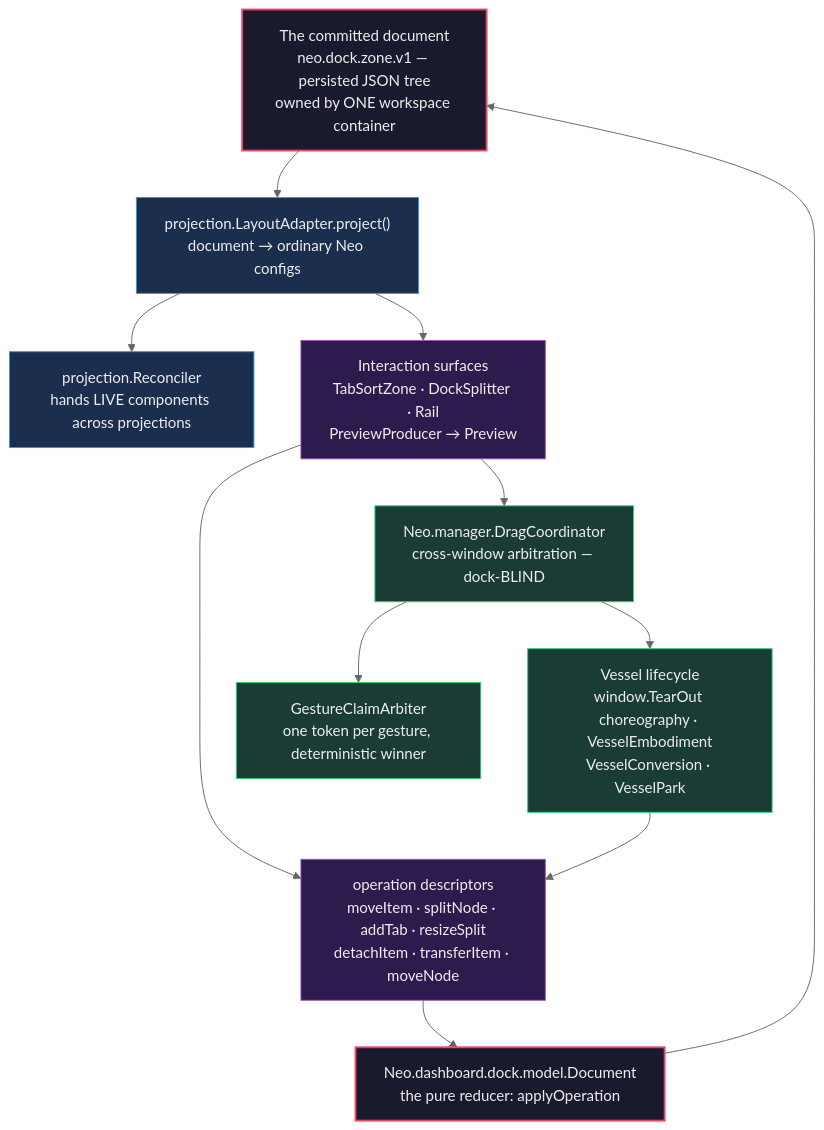
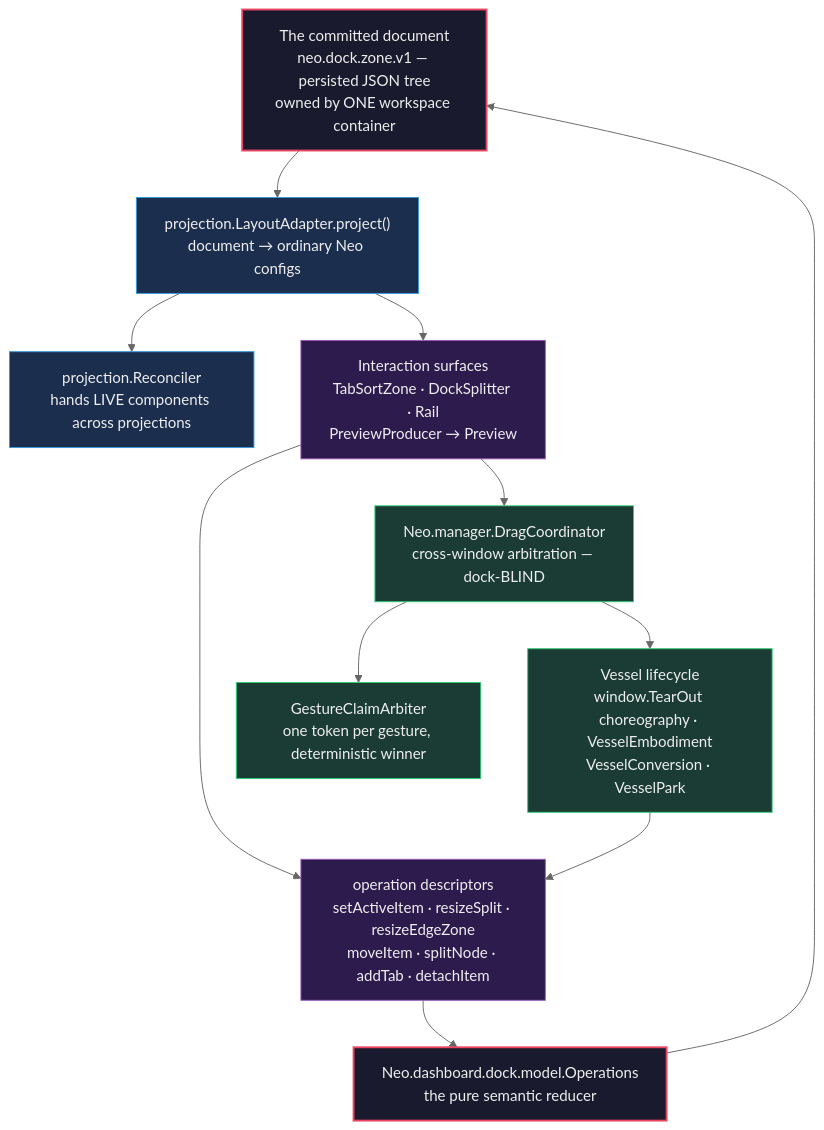
Before and after one commit to neomjs/neo: the first of 2 diagrams in learn/guides/uibuildingblocks/DockLayouts.md, drawn with Mermaid (neutral theme). The commit also changed other lines of this file and 4 other files, not shown here.

Commit message:
docs(dashboard): document committed dock semantics (#17838)

````diff
--- a/learn/guides/uibuildingblocks/DockLayouts.md
+++ b/learn/guides/uibuildingblocks/DockLayouts.md
@@ -42,28 +42,28 @@
 ```mermaid
 flowchart TD
     classDef doc fill:#1a1a2e,stroke:#e94560,stroke-width:2px,color:#eee
     classDef proj fill:#1b2e4e,stroke:#3498db,stroke-width:1px,color:#eee
     classDef inter fill:#2d1b4e,stroke:#9b59b6,stroke-width:1px,color:#eee
     classDef cross fill:#1a3c34,stroke:#2ecc71,stroke-width:1px,color:#eee
 
     Document["The committed document<br/>neo.dock.zone.v1 — persisted JSON tree<br/>owned by ONE workspace container"]:::doc
-    Model["Neo.dashboard.dock.model.Document<br/>the pure reducer: applyOperation"]:::doc
+    Model["Neo.dashboard.dock.model.Operations<br/>the pure semantic reducer"]:::doc
     Adapter["projection.LayoutAdapter.project()<br/>document → ordinary Neo configs"]:::proj
     Reconciler["projection.Reconciler<br/>hands LIVE components across projections"]:::proj
     Surfaces["Interaction surfaces<br/>TabSortZone · DockSplitter · Rail<br/>PreviewProducer → Preview"]:::inter
-    Descriptors["operation descriptors<br/>moveItem · splitNode · addTab · resizeSplit<br/>detachItem · transferItem · moveNode"]:::inter
+    Descriptors["operation descriptors<br/>setActiveItem · resizeSplit · resizeEdgeZone<br/>moveItem · splitNode · addTab · detachItem"]:::inter
     Coordinator["Neo.manager.DragCoordinator<br/>cross-window arbitration — dock-BLIND"]:::cross
     Arbiter["GestureClaimArbiter<br/>one token per gesture, deterministic winner"]:::cross
     Vessels["Vessel lifecycle<br/>window.TearOut choreography · VesselEmbodiment<br/>VesselConversion · VesselPark"]:::cross
 
     Document --> Adapter
     Adapter --> Reconciler
     Adapter --> Surfaces
     Surfaces --> Descriptors
     Descriptors --> Model
     Model --> Document
     Surfaces --> Coordinator
     Coordinator --> Arbiter
     Coordinator --> Vessels
     Vessels --> Descriptors
 ```
````
